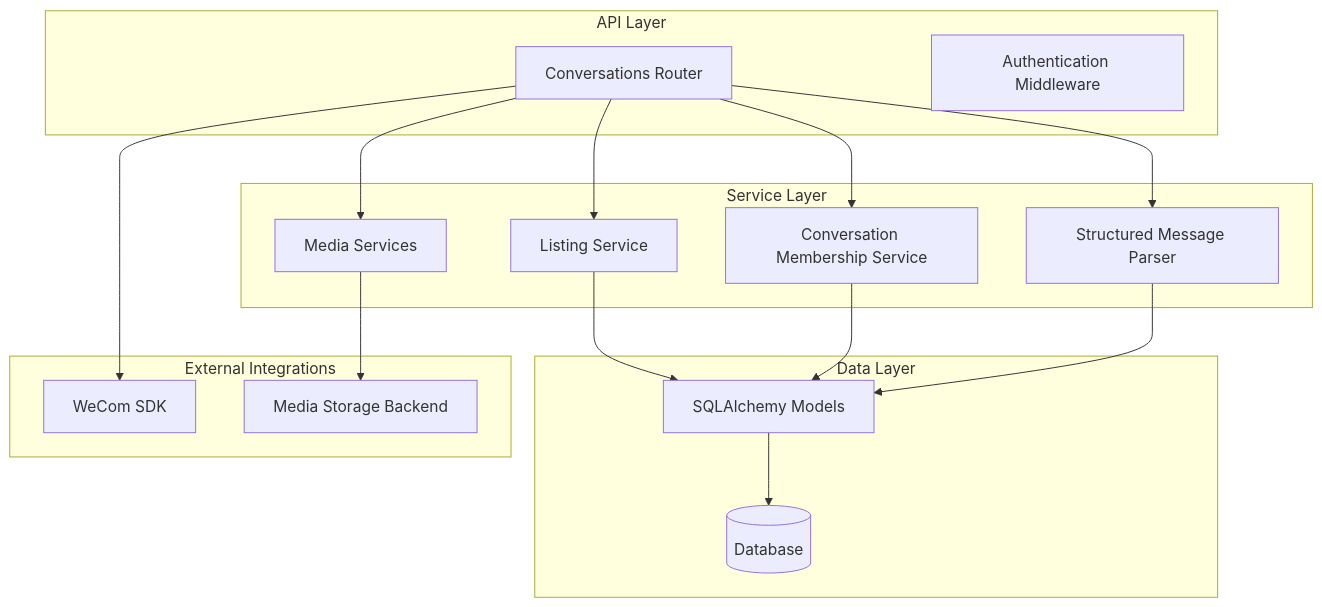
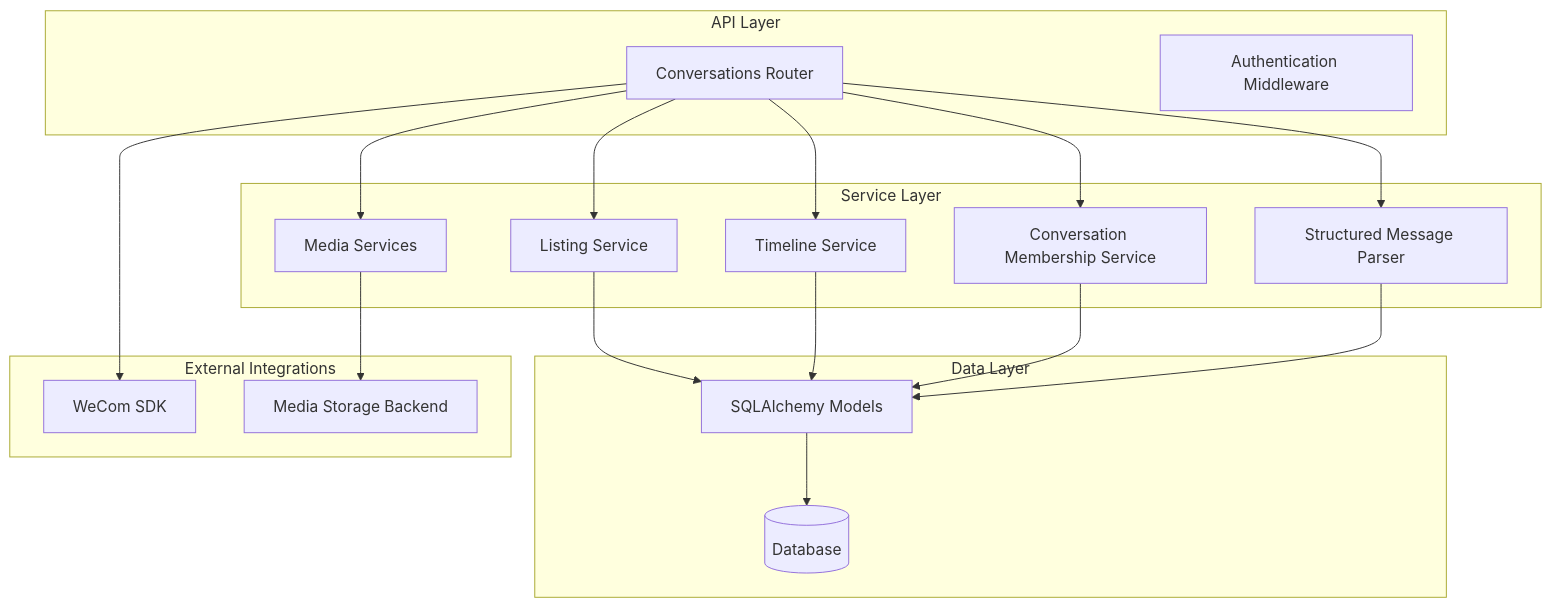
The first of 3 diagrams in .qoder/repowiki/en/content/API Reference/Conversations API.md (zuohaisu/wecom-archive), drawn with Mermaid before and after one commit. The commit also changed other lines of this file and 109 other files, not shown here.

Commit message:
RND-221 提取统一 Media Access Service 与 Router

````diff
--- a/.qoder/repowiki/en/content/API Reference/Conversations API.md
+++ b/.qoder/repowiki/en/content/API Reference/Conversations API.md
@@ -64,31 +67,34 @@
 ```mermaid
 graph TB
 subgraph "API Layer"
 Router[Conversations Router]
 Auth[Authentication Middleware]
 end
 subgraph "Service Layer"
 ListingService[Listing Service]
+TimelineService[Timeline Service]
 Membership[Conversation Membership Service]
 Parser[Structured Message Parser]
 Media[Media Services]
 end
 subgraph "Data Layer"
 Models[SQLAlchemy Models]
 DB[(Database)]
 end
 subgraph "External Integrations"
 WeCom[WeCom SDK]
 Storage[Media Storage Backend]
 end
 Router --> ListingService
+Router --> TimelineService
 Router --> Membership
 Router --> Parser
 Router --> Media
 ListingService --> Models
+TimelineService --> Models
 Membership --> Models
 Parser --> Models
 Media --> Storage
 Models --> DB
 Router --> WeCom
 ```
````
